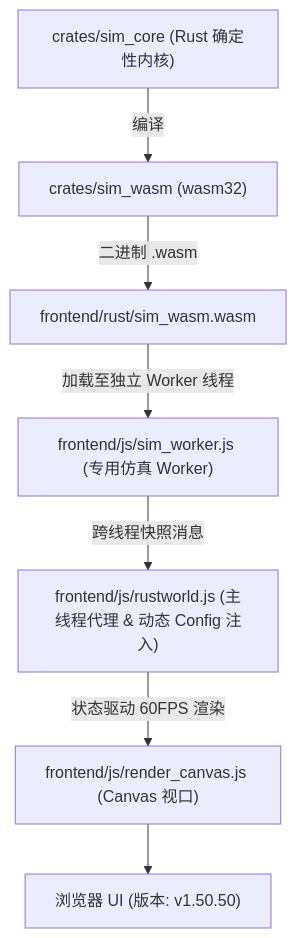
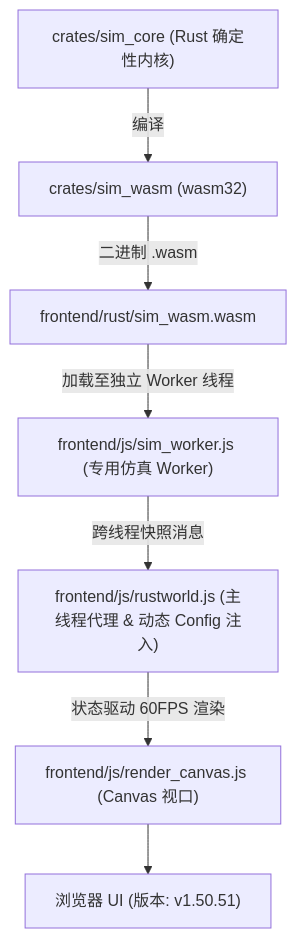
Before and after one commit to g39088902/FlowAndAccord: the diagram in AGENTS.md, drawn with Mermaid. The commit also changed other lines of this file and 27 other files, not shown here.

````diff
--- a/AGENTS.md
+++ b/AGENTS.md
@@ -61,10 +61,10 @@
 ```mermaid
 graph TD
     A["crates/sim_core (Rust 确定性内核)"] -->|编译| B["crates/sim_wasm (wasm32)"]
     B -->|二进制 .wasm| C["frontend/rust/sim_wasm.wasm"]
     C -->|加载至独立 Worker 线程| D["frontend/js/sim_worker.js (专用仿真 Worker)"]
     D -->|跨线程快照消息| E["frontend/js/rustworld.js (主线程代理 & 动态 Config 注入)"]
     E -->|状态驱动 60FPS 渲染| F["frontend/js/render_canvas.js (Canvas 视口)"]
-    F --> G["浏览器 UI (版本: v1.50.50)"]
+    F --> G["浏览器 UI (版本: v1.50.51)"]
 
 ```
````
